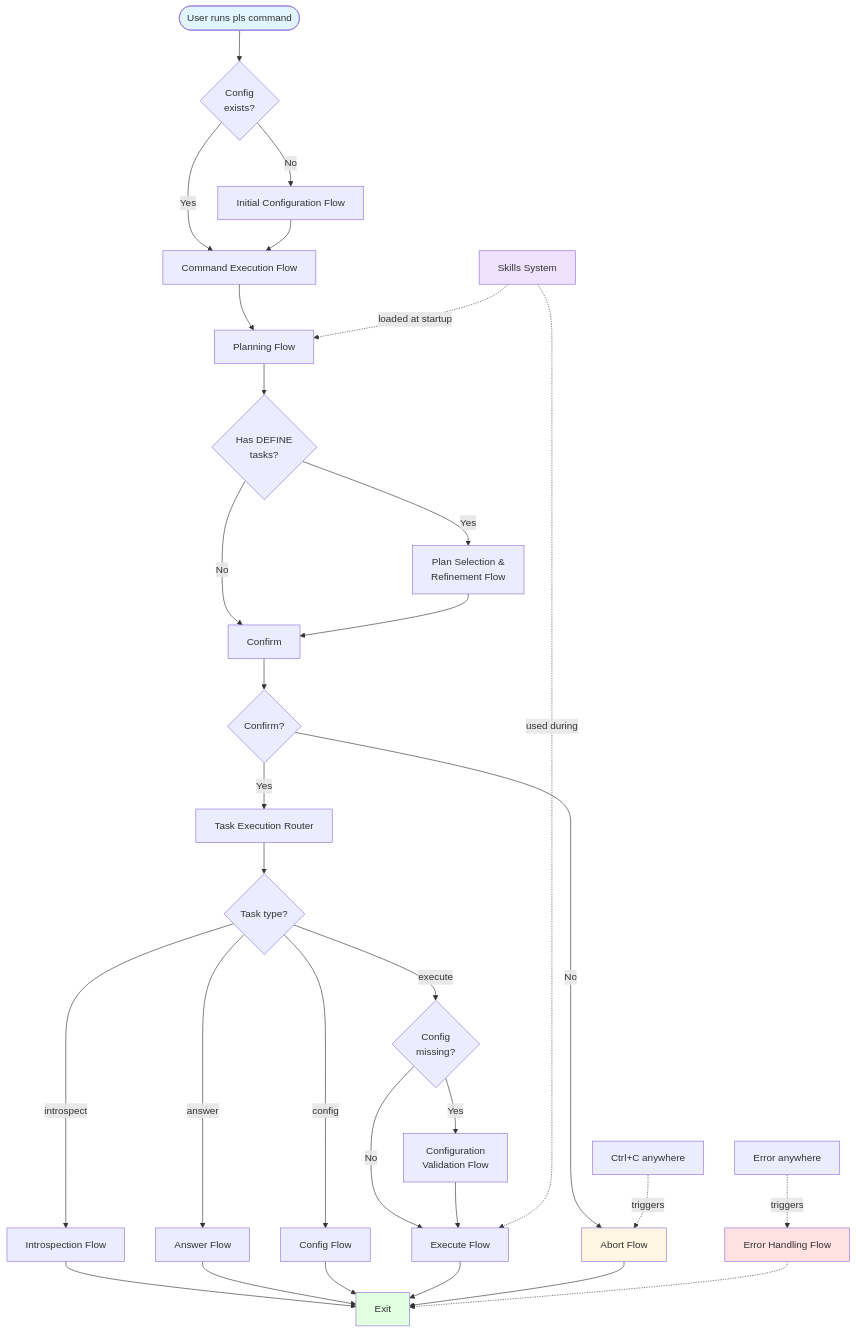
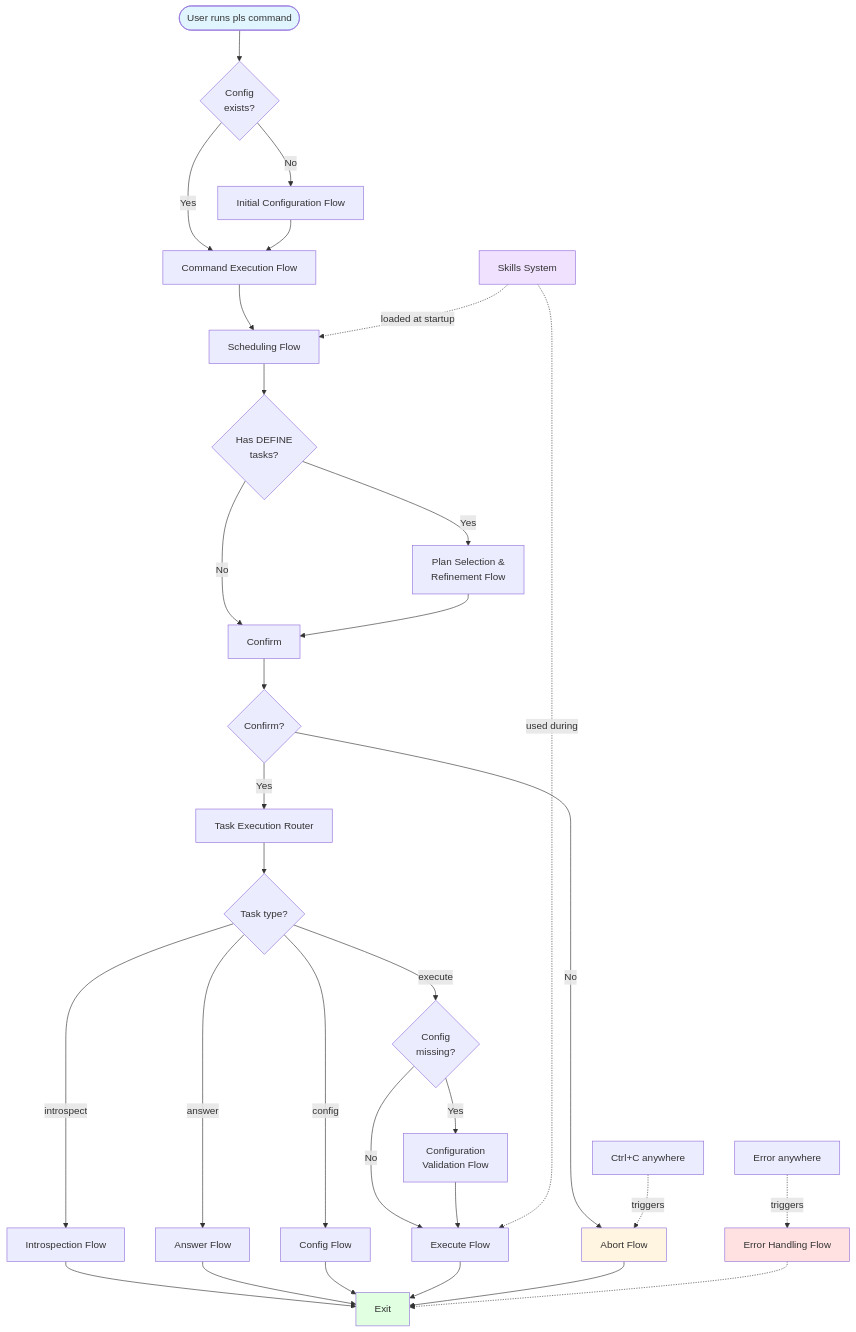
One commit to aswitalski/pls changed diagram 18 of 18 in FLOWS.md. Above: the diagram before and after it, drawn with Mermaid. The commit also changed other lines of this file and 45 other files, not shown here.

````diff
--- a/FLOWS.md
+++ b/FLOWS.md
@@ -854,54 +854,54 @@
 ```mermaid
 flowchart TD
     Start([User runs pls command]) --> ConfigCheck{Config<br/>exists?}
 
     ConfigCheck -->|No| InitConfig[Initial Configuration Flow]
     ConfigCheck -->|Yes| CommandFlow[Command Execution Flow]
 
     InitConfig --> CommandFlow
 
-    CommandFlow --> PlanFlow[Planning Flow]
+    CommandFlow --> PlanFlow[Scheduling Flow]
     PlanFlow --> HasDefine{Has DEFINE<br/>tasks?}
 
     HasDefine -->|Yes| SelectRefine[Plan Selection &<br/>Refinement Flow]
     HasDefine -->|No| ConfirmFlow[Confirm]
 
     SelectRefine --> ConfirmFlow
     ConfirmFlow --> UserConfirm{Confirm?}
 
     UserConfirm -->|No| Abort[Abort Flow]
     UserConfirm -->|Yes| Router[Task Execution Router]
 
     Router --> TypeCheck{Task type?}
 
     TypeCheck -->|introspect| Introspect[Introspection Flow]
     TypeCheck -->|answer| Answer[Answer Flow]
     TypeCheck -->|config| ConfigExec[Config Flow]
     TypeCheck -->|execute| ExecuteCheck{Config<br/>missing?}
 
     ExecuteCheck -->|Yes| ConfigVal[Configuration<br/>Validation Flow]
     ExecuteCheck -->|No| Execute[Execute Flow]
 
     ConfigVal --> Execute
 
     Introspect --> Exit
     Answer --> Exit
     ConfigExec --> Exit
     Execute --> Exit
     Abort --> Exit[Exit]
 
     ErrorAny[Error anywhere] -.->|triggers| ErrorFlow[Error Handling Flow]
     ErrorFlow -.-> Exit
 
     AbortAny[Ctrl+C anywhere] -.->|triggers| Abort
 
     SkillSystem[Skills System]
     SkillSystem -.->|loaded at startup| PlanFlow
     SkillSystem -.->|used during| Execute
 
     style Start fill:#e1f5ff
     style Exit fill:#e1ffe1
     style ErrorFlow fill:#ffe1e1
     style Abort fill:#fff5e1
     style SkillSystem fill:#f0e1ff
 ```
````
